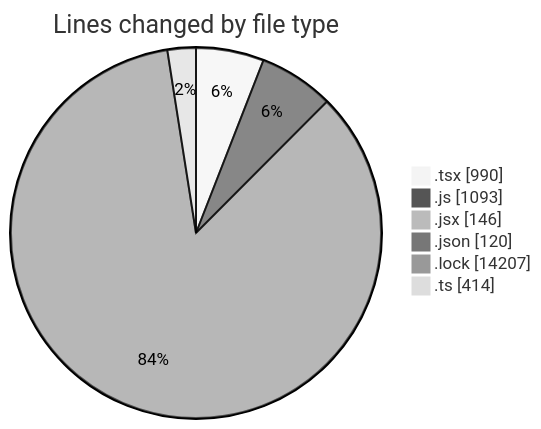
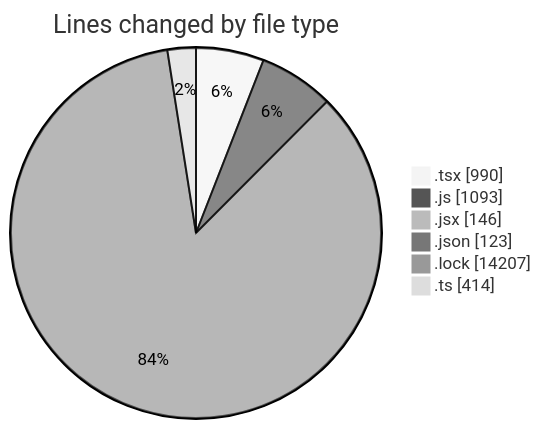
The first of 2 diagrams in 2025-05-08/cda/README.md (momahboobian/code-tracking), drawn with Mermaid (neutral theme) before and after one commit. The commit also changed other lines of this file and 1 other file, not shown here.

````diff
--- a/2025-05-08/cda/README.md
+++ b/2025-05-08/cda/README.md
@@ -39,10 +39,10 @@
 ```mermaid
 pie showData
 title Lines changed by file type
 ".tsx" : 990
 ".js" : 1093
 ".jsx" : 146
-".json" : 120
+".json" : 123
 ".lock" : 14207
 ".ts" : 414
 ```
````
